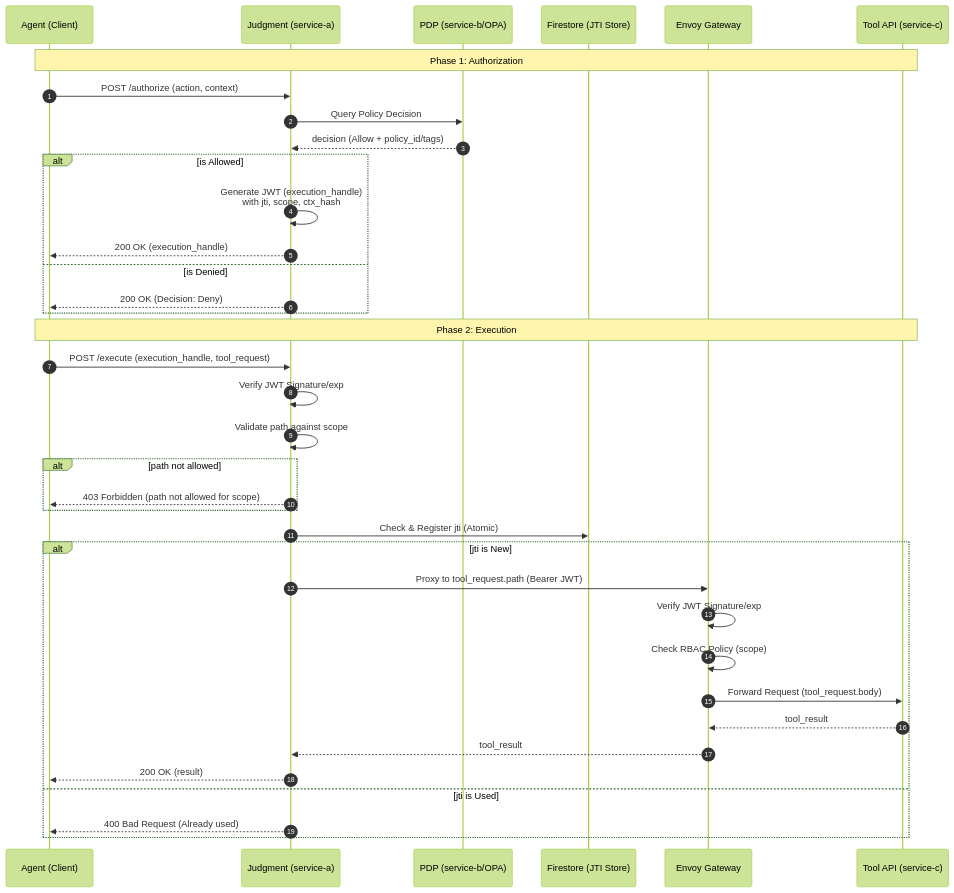
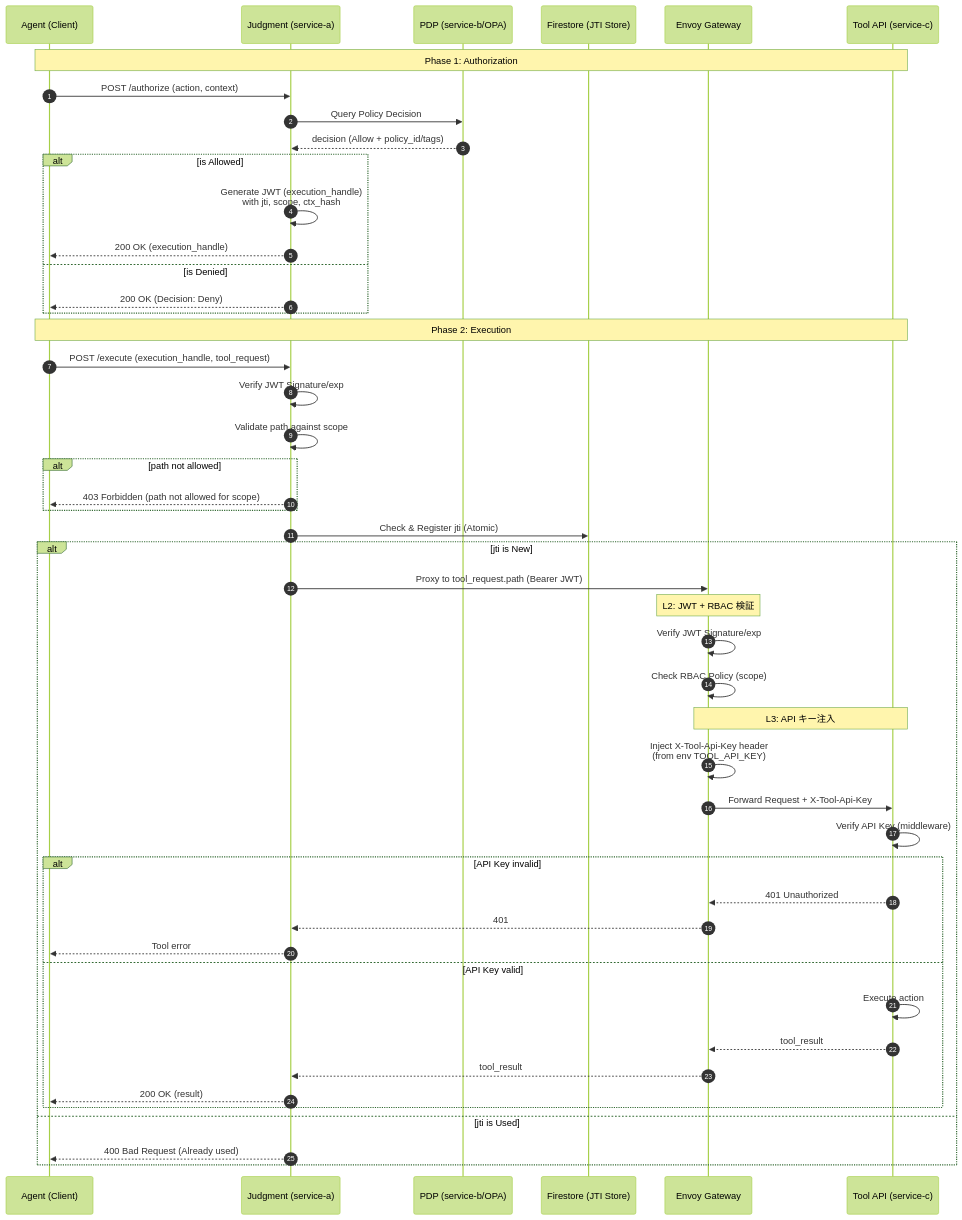
Before and after one commit to appmth/action-gated-authorization-poc: the second of 3 diagrams in docs/02-design/04-sequence-diagram.md, drawn with Mermaid (forest theme). The commit also changed other lines of this file and 22 other files, not shown here.

Commit message:
feat: Implement API key protection, /execute endpoint, and update docs

````diff
--- a/docs/02-design/04-sequence-diagram.md
+++ b/docs/02-design/04-sequence-diagram.md
@@ -5,49 +40,60 @@
 ```mermaid
 sequenceDiagram
     autonumber
     participant Agent as Agent (Client)
     participant Judgment as Judgment (service-a)
     participant PDP as PDP (service-b/OPA)
     participant Firestore as Firestore (JTI Store)
     participant Envoy as Envoy Gateway
     participant Tool as Tool API (service-c)
 
     Note over Agent, Tool: Phase 1: Authorization
     Agent->>Judgment: POST /authorize (action, context)
     Judgment->>PDP: Query Policy Decision
     PDP-->>Judgment: decision (Allow + policy_id/tags)
-    
+
     alt is Allowed
         Judgment->>Judgment: Generate JWT (execution_handle)<br/>with jti, scope, ctx_hash
         Judgment-->>Agent: 200 OK (execution_handle)
     else is Denied
         Judgment-->>Agent: 200 OK (Decision: Deny)
     end
 
     Note over Agent, Tool: Phase 2: Execution
     Agent->>Judgment: POST /execute (execution_handle, tool_request)
-    
+
     Judgment->>Judgment: Verify JWT Signature/exp
     Judgment->>Judgment: Validate path against scope
-    
+
     alt path not allowed
         Judgment-->>Agent: 403 Forbidden (path not allowed for scope)
     end
-    
+
     Judgment->>Firestore: Check & Register jti (Atomic)
-    
+
     alt jti is New
         Judgment->>Envoy: Proxy to tool_request.path (Bearer JWT)
-        
+
+        Note over Envoy: L2: JWT + RBAC 検証
         Envoy->>Envoy: Verify JWT Signature/exp
         Envoy->>Envoy: Check RBAC Policy (scope)
-        
-        Envoy->>Tool: Forward Request (tool_request.body)
-        Tool-->>Envoy: tool_result
-        Envoy-->>Judgment: tool_result
-        
-        Judgment-->>Agent: 200 OK (result)
+
+        Note over Envoy, Tool: L3: API キー注入
+        Envoy->>Envoy: Inject X-Tool-Api-Key header<br/>(from env TOOL_API_KEY)
+        Envoy->>Tool: Forward Request + X-Tool-Api-Key
+        Tool->>Tool: Verify API Key (middleware)
+
+        alt API Key invalid
+            Tool-->>Envoy: 401 Unauthorized
+            Envoy-->>Judgment: 401
+            Judgment-->>Agent: Tool error
+        else API Key valid
+            Tool->>Tool: Execute action
+            Tool-->>Envoy: tool_result
+            Envoy-->>Judgment: tool_result
+            Judgment-->>Agent: 200 OK (result)
+        end
     else jti is Used
         Judgment-->>Agent: 400 Bad Request (Already used)
     end
 ```
````
